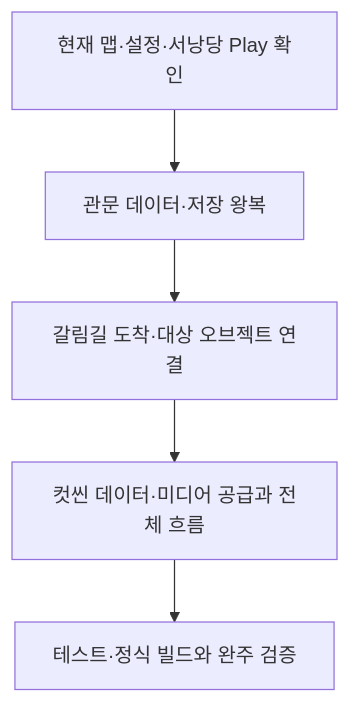
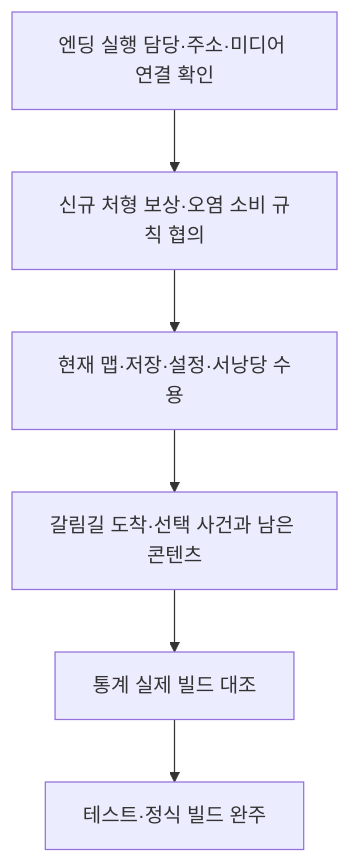
One commit to lkhwcf-arch/Human_Ghost- changed the diagram in Docs/개발자용 설계문서/남은 구현과 검증 작업.md. Above: the diagram before and after it, drawn with Mermaid. The commit also changed other lines of this file and 16 other files, not shown here.

````diff
--- a/Docs/개발자용 설계문서/남은 구현과 검증 작업.md
+++ b/Docs/개발자용 설계문서/남은 구현과 검증 작업.md
@@ -11,7 +8,8 @@
 ```mermaid
 flowchart TD
-    A[현재 맵·설정·서낭당 Play 확인] --> B[관문 데이터·저장 왕복]
-    B --> C[갈림길 도착·대상 오브젝트 연결]
-    C --> D[컷씬 데이터·미디어 공급과 전체 흐름]
-    D --> E[테스트·정식 빌드와 완주 검증]
+    A[엔딩 실행 담당·주소·미디어 연결 확인] --> B[신규 처형 보상·오염 소비 규칙 협의]
+    B --> C[현재 맵·저장·설정·서낭당 수용]
+    C --> D[갈림길 도착·선택 사건과 남은 콘텐츠]
+    D --> E[통계 실제 빌드 대조]
+    E --> F[테스트·정식 빌드 완주]
 ```
````
